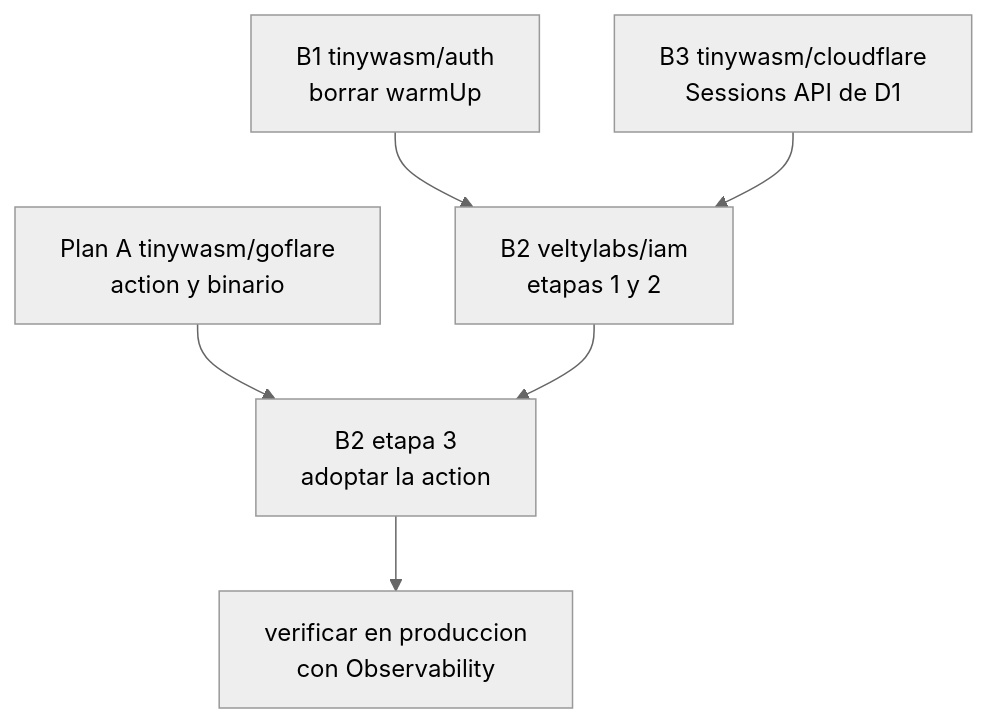
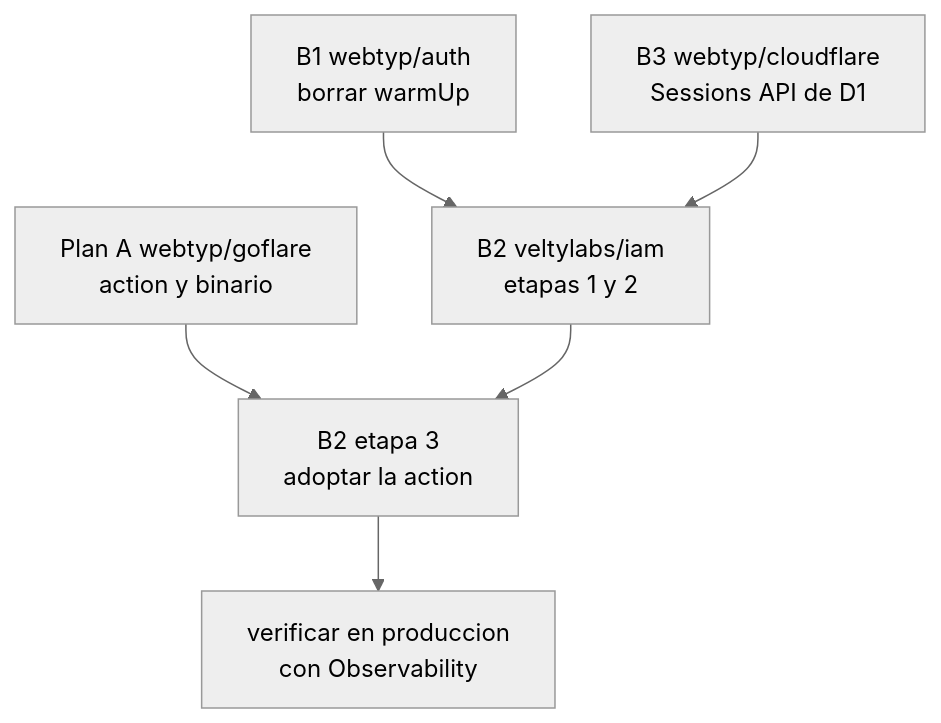
Before and after one commit to webtyp/docs: the diagram in EDGE_LATENCY_MASTER_PLAN.md, drawn with Mermaid (neutral theme). The commit also changed other lines of this file and 7 other files, not shown here.

````diff
--- a/EDGE_LATENCY_MASTER_PLAN.md
+++ b/EDGE_LATENCY_MASTER_PLAN.md
@@ -74,8 +74,8 @@
 ```mermaid
 flowchart TD
-    B1[B1 tinywasm/auth<br/>borrar warmUp] --> B2[B2 veltylabs/iam<br/>etapas 1 y 2]
-    B3[B3 tinywasm/cloudflare<br/>Sessions API de D1] --> B2
-    A[Plan A tinywasm/goflare<br/>action y binario] --> B4[B2 etapa 3<br/>adoptar la action]
+    B1[B1 webtyp/auth<br/>borrar warmUp] --> B2[B2 veltylabs/iam<br/>etapas 1 y 2]
+    B3[B3 webtyp/cloudflare<br/>Sessions API de D1] --> B2
+    A[Plan A webtyp/goflare<br/>action y binario] --> B4[B2 etapa 3<br/>adoptar la action]
     B2 --> B4
     B4 --> V[verificar en produccion<br/>con Observability]
 ```
````
